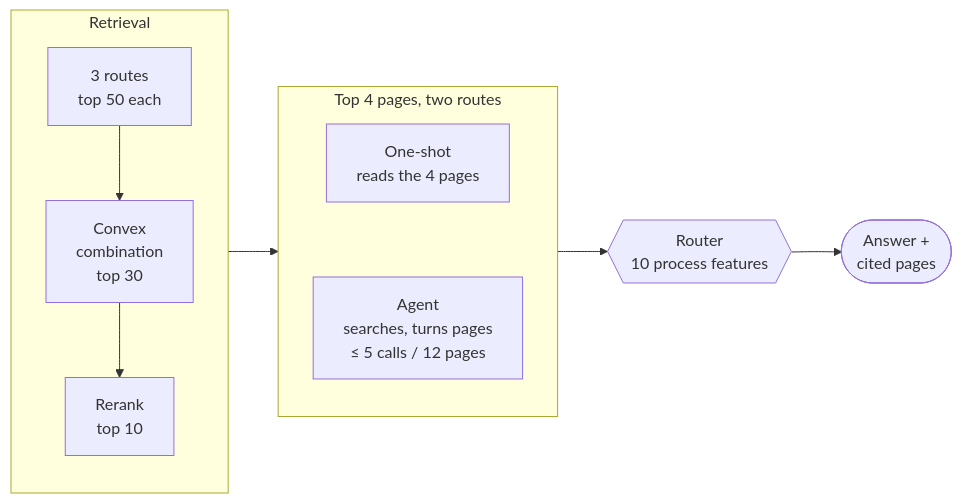
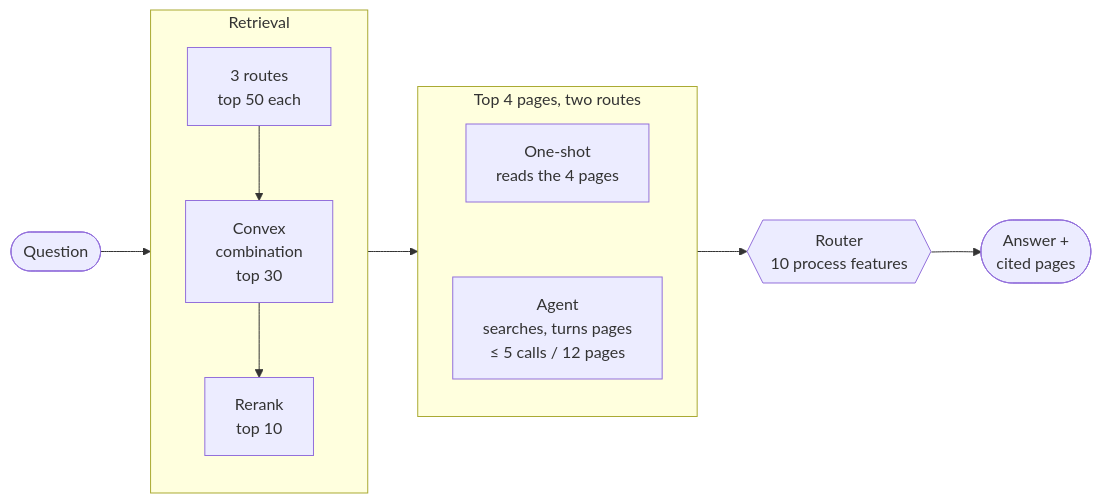
One commit to ruychevvy-a11y/agentic-multimodal-doc-rag changed the second of 2 diagrams in README.en.md. Above: the diagram before and after it, drawn with Mermaid. The commit also changed other lines of this file and 5 other files, not shown here.

Commit message:
Use badge buttons for language switching and add the question node to the answering flowchart

````diff
--- a/README.en.md
+++ b/README.en.md
@@ -69,16 +72,17 @@
 ```mermaid
 flowchart LR
+    question(["Question"]) --> retrieval
     subgraph retrieval["Retrieval"]
         direction TB
         recall["3 routes<br/>top 50 each"] --> convex["Convex<br/>combination<br/>top 30"] --> rerank["Rerank<br/>top 10"]
     end
     retrieval --> routes
     subgraph routes["Top 4 pages, two routes"]
         direction TB
         oneshot["One-shot<br/>reads the 4 pages"]
         agent["Agent<br/>searches, turns pages<br/>≤ 5 calls / 12 pages"]
         oneshot ~~~ agent
     end
     routes --> router{{"Router<br/>10 process features"}}
     router --> final(["Answer +<br/>cited pages"])
 ```
````
